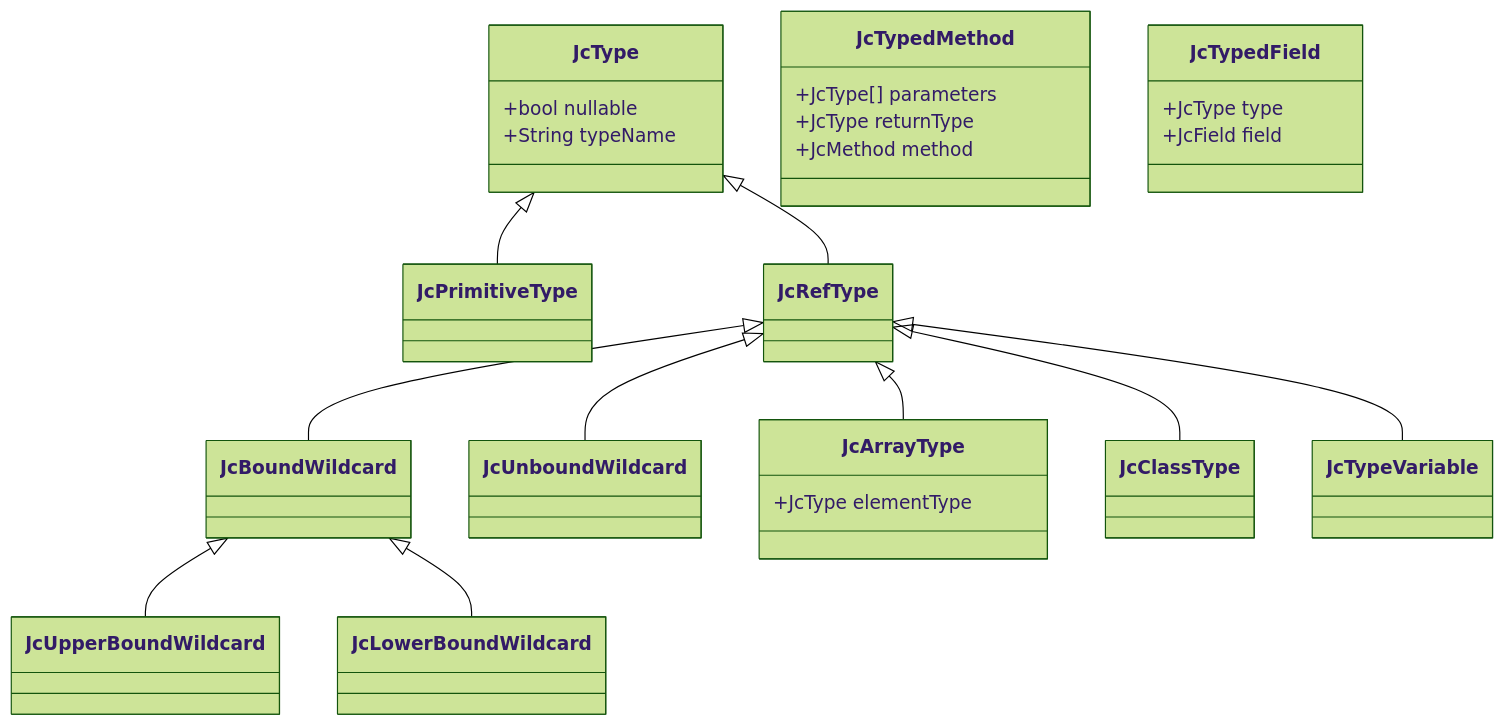
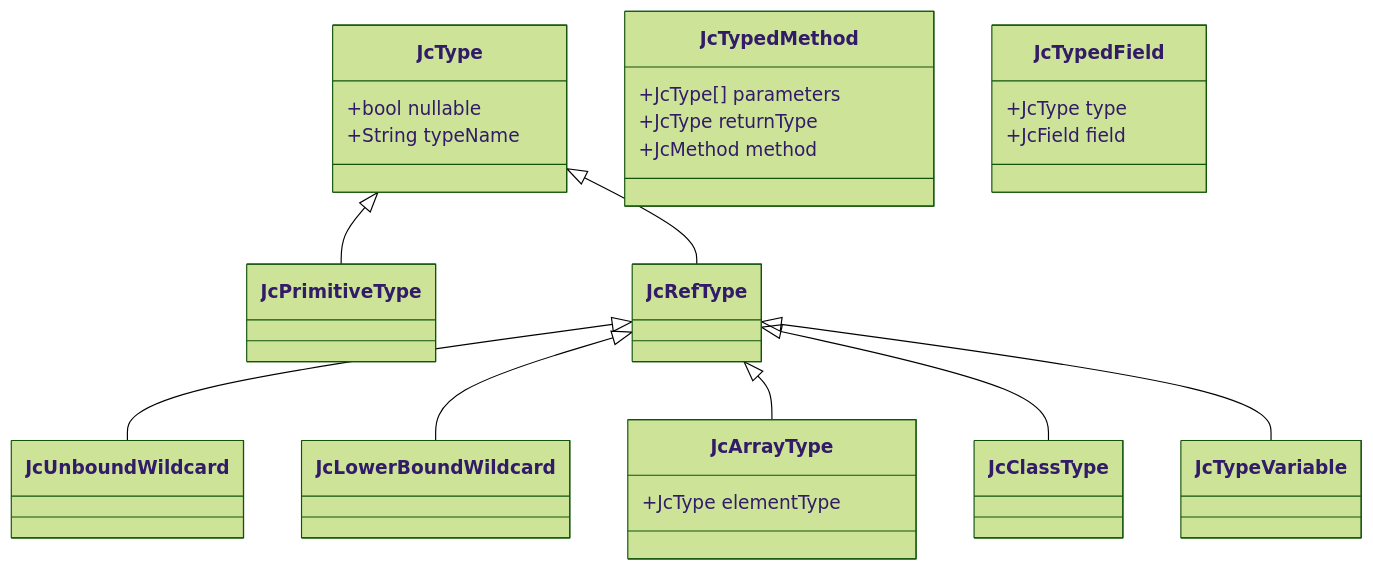
The second of 4 diagrams in design.md (UnitTestBot/jacodb), drawn with Mermaid (forest theme) before and after one commit.

Commit message:
fix design docs

````diff
--- a/design.md
+++ b/design.md
@@ -75,33 +75,31 @@
 ```mermaid
 classDiagram
     JcType <|-- JcPrimitiveType
     JcType <|-- JcRefType
-    JcRefType <|-- JcBoundWildcard
     JcRefType <|-- JcUnboundWildcard
-    JcBoundWildcard <|-- JcUpperBoundWildcard
-    JcBoundWildcard <|-- JcLowerBoundWildcard
+    JcRefType <|-- JcLowerBoundWildcard
     JcRefType <|-- JcArrayType
     JcRefType <|-- JcClassType
     JcRefType <|-- JcTypeVariable
     class JcType {
       +bool nullable
       +String typeName
     }
 
     class JcRefType {
     }
     class JcArrayType {
        +JcType elementType
     }
 
     class JcTypedMethod {
       +JcType[] parameters
       +JcType returnType
       +JcMethod method
     }
 
     class JcTypedField {
       +JcType type
       +JcField field
     }
 ``` 
````
